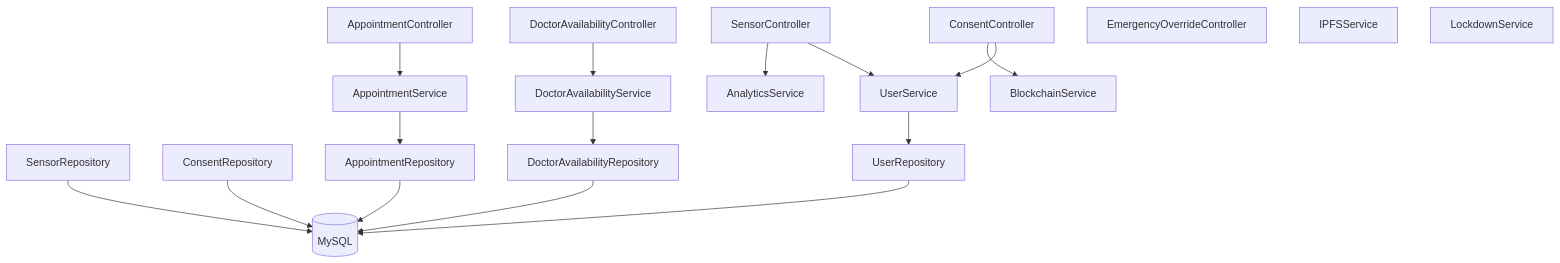
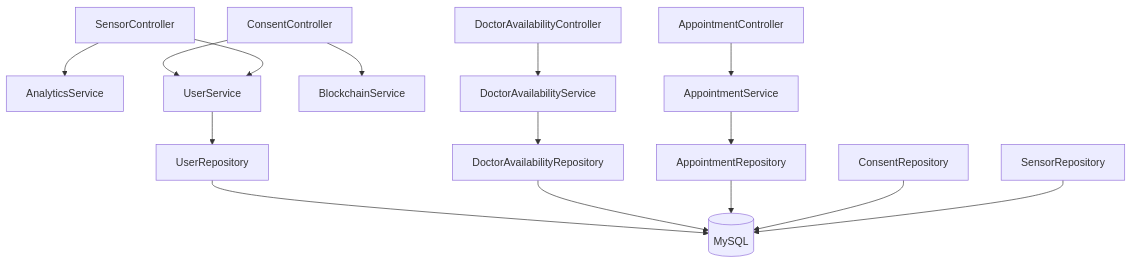
The third of 7 diagrams in README.md (malcolm-cephas/Medical-IoT), drawn with Mermaid before and after one commit. The commit also changed other lines of this file and 21 other files, not shown here.

````diff
--- a/README.md
+++ b/README.md
@@ -320,44 +96,19 @@
 ```mermaid
 flowchart TD
-
-SensorController
-ConsentController
-AppointmentController
-DoctorAvailabilityController
-EmergencyOverrideController
-
-AppointmentService
-DoctorAvailabilityService
-UserService
-IPFSService
-BlockchainService
-AnalyticsService
-LockdownService
-
-SensorRepository
-ConsentRepository
-AppointmentRepository
-DoctorAvailabilityRepository
-UserRepository
-
-MySQL[(MySQL)]
-
-SensorController --> AnalyticsService
-SensorController --> UserService
-
-ConsentController --> BlockchainService
-ConsentController --> UserService
-
-AppointmentController --> AppointmentService
-DoctorAvailabilityController --> DoctorAvailabilityService
-
-AppointmentService --> AppointmentRepository
-DoctorAvailabilityService --> DoctorAvailabilityRepository
-UserService --> UserRepository
-
-SensorRepository --> MySQL
-ConsentRepository --> MySQL
-AppointmentRepository --> MySQL
-DoctorAvailabilityRepository --> MySQL
-UserRepository --> MySQL
+    SensorController --> AnalyticsService
+    SensorController --> UserService
+    ConsentController --> BlockchainService
+    ConsentController --> UserService
+    AppointmentController --> AppointmentService
+    DoctorAvailabilityController --> DoctorAvailabilityService
+    
+    AppointmentService --> AppointmentRepository
+    DoctorAvailabilityService --> DoctorAvailabilityRepository
+    UserService --> UserRepository
+    
+    SensorRepository --> MySQL[(MySQL)]
+    ConsentRepository --> MySQL
+    AppointmentRepository --> MySQL
+    DoctorAvailabilityRepository --> MySQL
+    UserRepository --> MySQL
 ```
````
